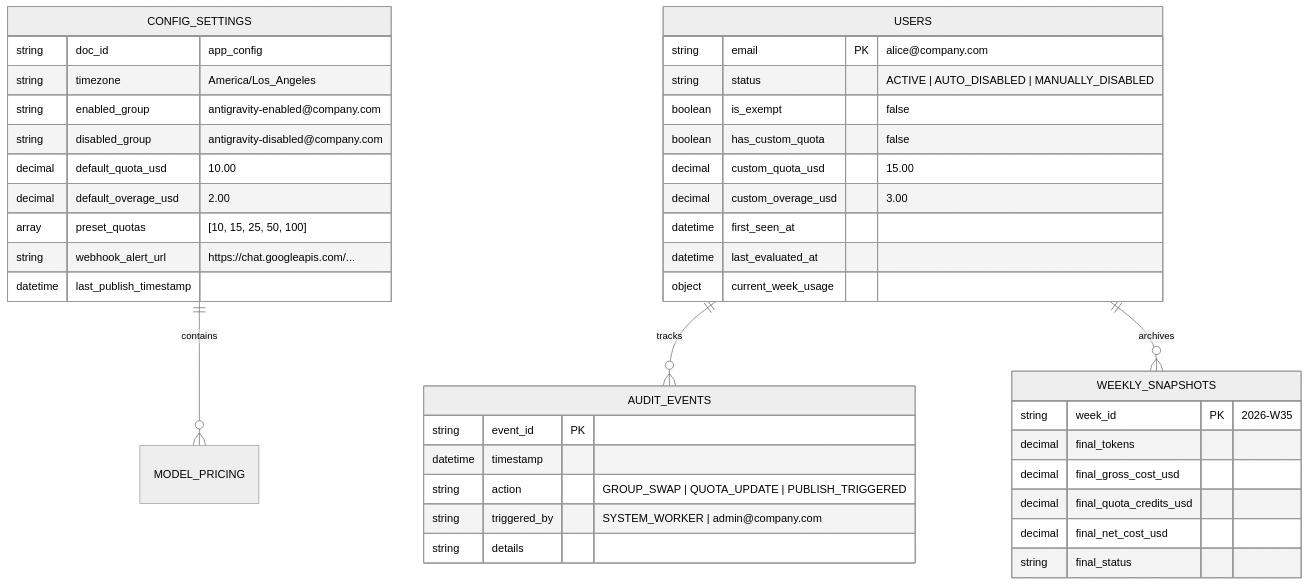
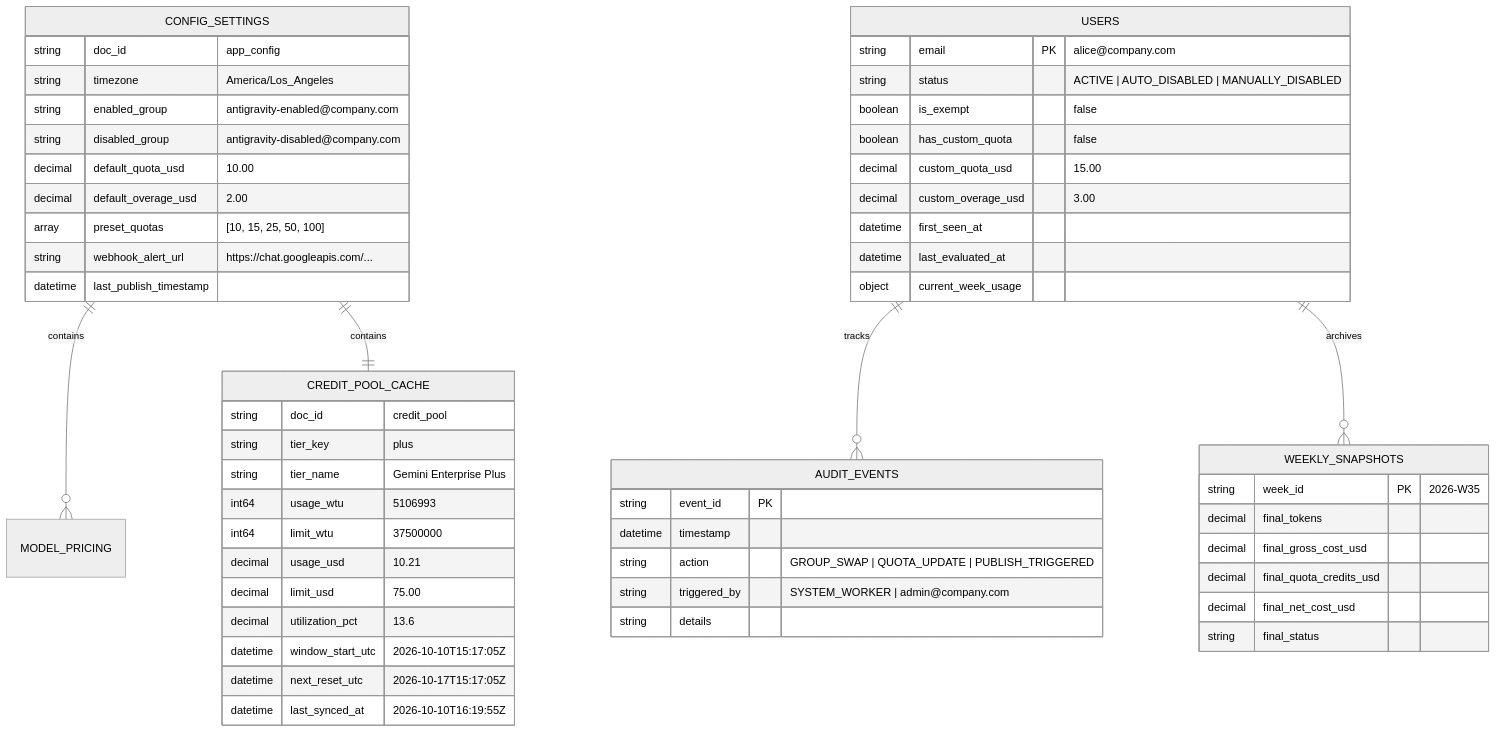
One commit to agentspace-ge/agy-quota-config-dash changed the fourth of 5 diagrams in SPECIFICATION.md. Above: the diagram before and after it, drawn with Mermaid (neutral theme). The commit also changed other lines of this file and 2 other files, not shown here.

Commit message:
docs: update README and SPECIFICATION with Antigravity Weekly Quota Pool

````diff
--- a/SPECIFICATION.md
+++ b/SPECIFICATION.md
@@ -368,47 +403,62 @@
 ```mermaid
 erDiagram
     CONFIG_SETTINGS ||--o{ MODEL_PRICING : contains
+    CONFIG_SETTINGS ||--|| CREDIT_POOL_CACHE : contains
     USERS ||--o{ AUDIT_EVENTS : tracks
     USERS ||--o{ WEEKLY_SNAPSHOTS : archives
 
     CONFIG_SETTINGS {
         string doc_id "app_config"
         string timezone "America/Los_Angeles"
         string enabled_group "antigravity-enabled@company.com"
         string disabled_group "antigravity-disabled@company.com"
         decimal default_quota_usd "10.00"
         decimal default_overage_usd "2.00"
         array preset_quotas "[10, 15, 25, 50, 100]"
         string webhook_alert_url "https://chat.googleapis.com/..."
         datetime last_publish_timestamp
+    }
+
+    CREDIT_POOL_CACHE {
+        string doc_id "credit_pool"
+        string tier_key "plus"
+        string tier_name "Gemini Enterprise Plus"
+        int64 usage_wtu "5106993"
+        int64 limit_wtu "37500000"
+        decimal usage_usd "10.21"
+        decimal limit_usd "75.00"
+        decimal utilization_pct "13.6"
+        datetime window_start_utc "2026-10-10T15:17:05Z"
+        datetime next_reset_utc "2026-10-17T15:17:05Z"
+        datetime last_synced_at "2026-10-10T16:19:55Z"
     }
 
     USERS {
         string email PK "alice@company.com"
         string status "ACTIVE | AUTO_DISABLED | MANUALLY_DISABLED"
         boolean is_exempt "false"
         boolean has_custom_quota "false"
         decimal custom_quota_usd "15.00"
         decimal custom_overage_usd "3.00"
         datetime first_seen_at
         datetime last_evaluated_at
         object current_week_usage
     }
 
     WEEKLY_SNAPSHOTS {
         string week_id PK "2026-W35"
         decimal final_tokens
         decimal final_gross_cost_usd
         decimal final_quota_credits_usd
         decimal final_net_cost_usd
         string final_status
     }
 
     AUDIT_EVENTS {
         string event_id PK
         datetime timestamp
         string action "GROUP_SWAP | QUOTA_UPDATE | PUBLISH_TRIGGERED"
         string triggered_by "SYSTEM_WORKER | admin@company.com"
         string details
     }
 ```
````
